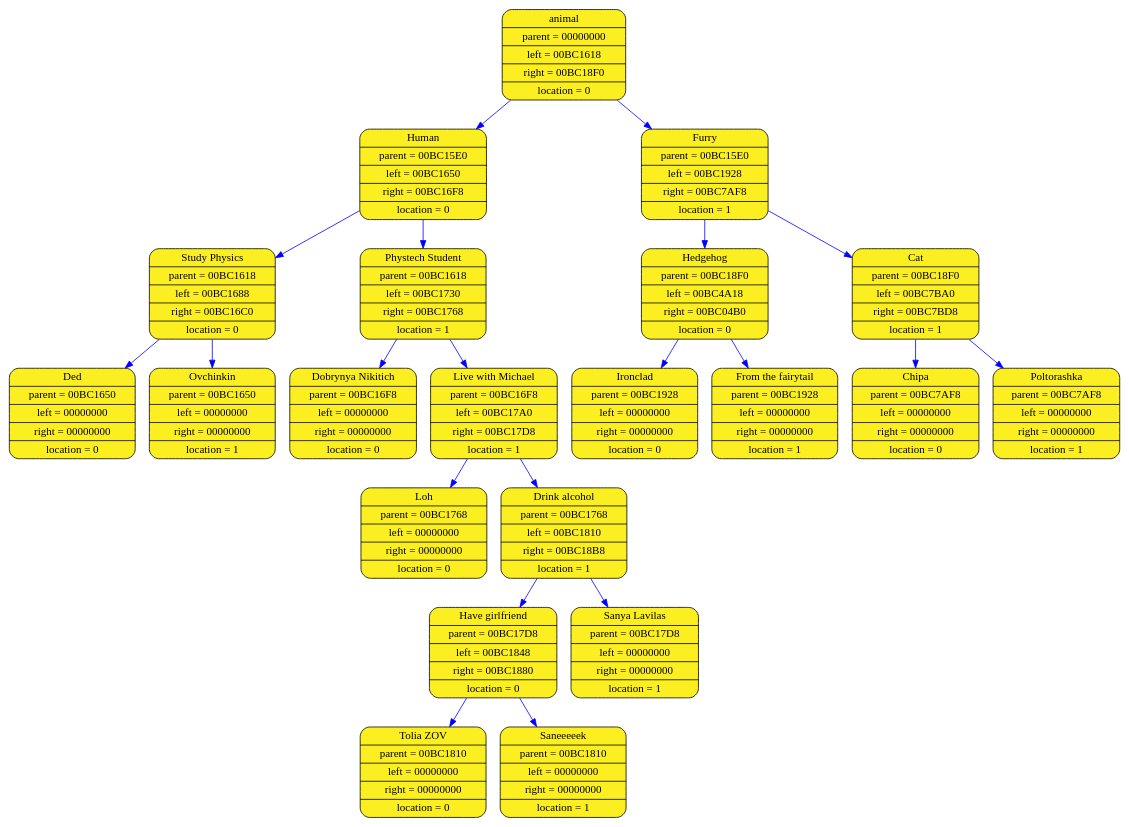
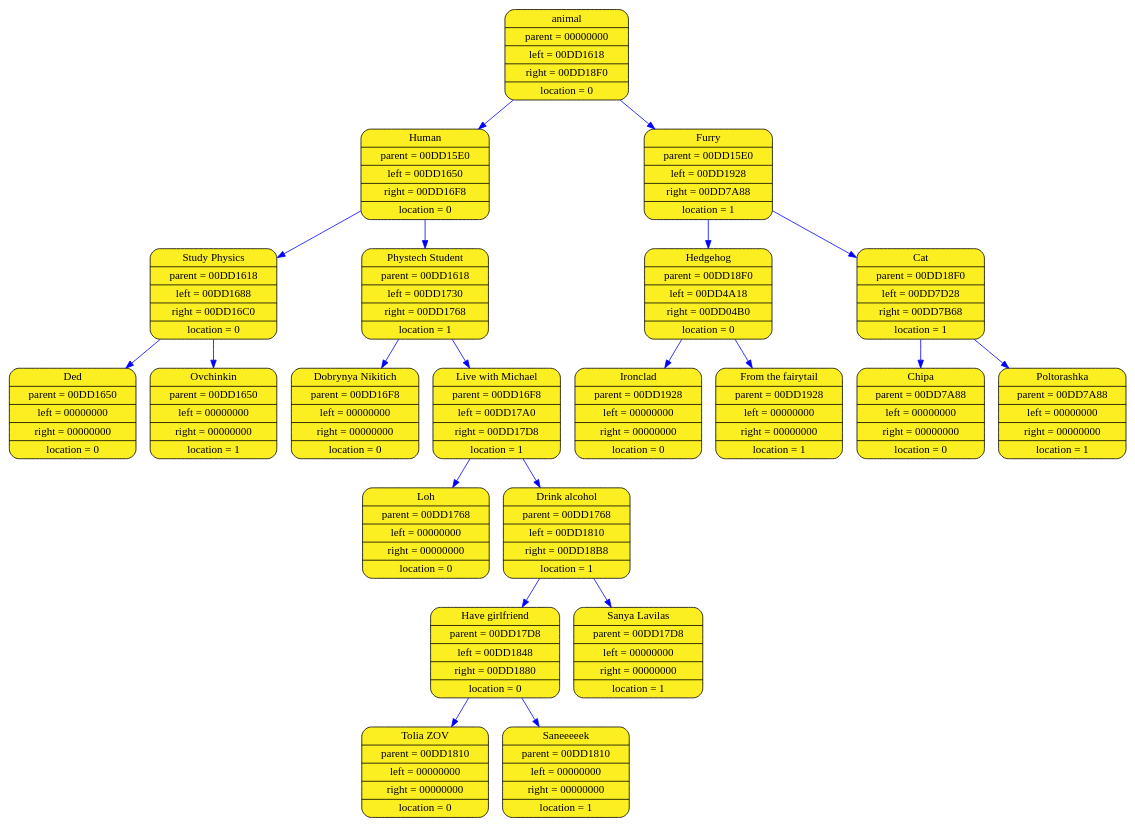
The diagram in log_folder_acinator/acinator_graph.dot (aywert/ACINATOR), drawn with Graphviz before and after one commit. The commit also changed 6 other files, not shown here.

```diff
--- a/log_folder_acinator/acinator_graph.dot
+++ b/log_folder_acinator/acinator_graph.dot
@@ -1,45 +1,45 @@
 digraph list
 {
 rankdir=HR;
-	12326372 [shape = Mrecord; style = filled; fillcolor="#FBEE21"; color = "#000000"; fontcolor = "#000000"; label = "{ animal| parent = 00000000| left = 00BC1618| right = 00BC18F0| location = 0}"];
-	12326428 [shape = Mrecord; style = filled; fillcolor="#FBEE21"; color = "#000000"; fontcolor = "#000000"; label = "{ Human| parent = 00BC15E0| left = 00BC1650| right = 00BC16F8| location = 0}"];
-	12326372 -> 12326428 [color="blue"]
-	12326484 [shape = Mrecord; style = filled; fillcolor="#FBEE21"; color = "#000000"; fontcolor = "#000000"; label = "{ Study Physics| parent = 00BC1618| left = 00BC1688| right = 00BC16C0| location = 0}"];
-	12326428 -> 12326484 [color="blue"]
-	12326540 [shape = Mrecord; style = filled; fillcolor="#FBEE21"; color = "#000000"; fontcolor = "#000000"; label = "{ Ded| parent = 00BC1650| left = 00000000| right = 00000000| location = 0}"];
-	12326484 -> 12326540 [color="blue"]
-	12326596 [shape = Mrecord; style = filled; fillcolor="#FBEE21"; color = "#000000"; fontcolor = "#000000"; label = "{ Ovchinkin| parent = 00BC1650| left = 00000000| right = 00000000| location = 1}"];
-	12326484 -> 12326596 [color="blue"]
-	12326652 [shape = Mrecord; style = filled; fillcolor="#FBEE21"; color = "#000000"; fontcolor = "#000000"; label = "{ Phystech Student| parent = 00BC1618| left = 00BC1730| right = 00BC1768| location = 1}"];
-	12326428 -> 12326652 [color="blue"]
-	12326708 [shape = Mrecord; style = filled; fillcolor="#FBEE21"; color = "#000000"; fontcolor = "#000000"; label = "{ Dobrynya Nikitich| parent = 00BC16F8| left = 00000000| right = 00000000| location = 0}"];
-	12326652 -> 12326708 [color="blue"]
-	12326764 [shape = Mrecord; style = filled; fillcolor="#FBEE21"; color = "#000000"; fontcolor = "#000000"; label = "{ Live with Michael| parent = 00BC16F8| left = 00BC17A0| right = 00BC17D8| location = 1}"];
-	12326652 -> 12326764 [color="blue"]
-	12326820 [shape = Mrecord; style = filled; fillcolor="#FBEE21"; color = "#000000"; fontcolor = "#000000"; label = "{ Loh| parent = 00BC1768| left = 00000000| right = 00000000| location = 0}"];
-	12326764 -> 12326820 [color="blue"]
-	12326876 [shape = Mrecord; style = filled; fillcolor="#FBEE21"; color = "#000000"; fontcolor = "#000000"; label = "{ Drink alcohol| parent = 00BC1768| left = 00BC1810| right = 00BC18B8| location = 1}"];
-	12326764 -> 12326876 [color="blue"]
-	12326932 [shape = Mrecord; style = filled; fillcolor="#FBEE21"; color = "#000000"; fontcolor = "#000000"; label = "{ Have girlfriend| parent = 00BC17D8| left = 00BC1848| right = 00BC1880| location = 0}"];
-	12326876 -> 12326932 [color="blue"]
-	12326988 [shape = Mrecord; style = filled; fillcolor="#FBEE21"; color = "#000000"; fontcolor = "#000000"; label = "{ Tolia ZOV| parent = 00BC1810| left = 00000000| right = 00000000| location = 0}"];
-	12326932 -> 12326988 [color="blue"]
-	12327044 [shape = Mrecord; style = filled; fillcolor="#FBEE21"; color = "#000000"; fontcolor = "#000000"; label = "{ Saneeeeek| parent = 00BC1810| left = 00000000| right = 00000000| location = 1}"];
-	12326932 -> 12327044 [color="blue"]
-	12327100 [shape = Mrecord; style = filled; fillcolor="#FBEE21"; color = "#000000"; fontcolor = "#000000"; label = "{ Sanya Lavilas| parent = 00BC17D8| left = 00000000| right = 00000000| location = 1}"];
-	12326876 -> 12327100 [color="blue"]
-	12327156 [shape = Mrecord; style = filled; fillcolor="#FBEE21"; color = "#000000"; fontcolor = "#000000"; label = "{ Furry| parent = 00BC15E0| left = 00BC1928| right = 00BC7AF8| location = 1}"];
-	12326372 -> 12327156 [color="blue"]
-	12327212 [shape = Mrecord; style = filled; fillcolor="#FBEE21"; color = "#000000"; fontcolor = "#000000"; label = "{ Hedgehog| parent = 00BC18F0| left = 00BC4A18| right = 00BC04B0| location = 0}"];
-	12327156 -> 12327212 [color="blue"]
-	12339740 [shape = Mrecord; style = filled; fillcolor="#FBEE21"; color = "#000000"; fontcolor = "#000000"; label = "{ Ironclad| parent = 00BC1928| left = 00000000| right = 00000000| location = 0}"];
-	12327212 -> 12339740 [color="blue"]
-	12321972 [shape = Mrecord; style = filled; fillcolor="#FBEE21"; color = "#000000"; fontcolor = "#000000"; label = "{ From the fairytail| parent = 00BC1928| left = 00000000| right = 00000000| location = 1}"];
-	12327212 -> 12321972 [color="blue"]
-	12352252 [shape = Mrecord; style = filled; fillcolor="#FBEE21"; color = "#000000"; fontcolor = "#000000"; label = "{ Cat| parent = 00BC18F0| left = 00BC7BA0| right = 00BC7BD8| location = 1}"];
-	12327156 -> 12352252 [color="blue"]
-	12352420 [shape = Mrecord; style = filled; fillcolor="#FBEE21"; color = "#000000"; fontcolor = "#000000"; label = "{ Chipa| parent = 00BC7AF8| left = 00000000| right = 00000000| location = 0}"];
-	12352252 -> 12352420 [color="blue"]
-	12352476 [shape = Mrecord; style = filled; fillcolor="#FBEE21"; color = "#000000"; fontcolor = "#000000"; label = "{ Poltorashka| parent = 00BC7AF8| left = 00000000| right = 00000000| location = 1}"];
-	12352252 -> 12352476 [color="blue"]
+	14489060 [shape = Mrecord; style = filled; fillcolor="#FBEE21"; color = "#000000"; fontcolor = "#000000"; label = "{ animal| parent = 00000000| left = 00DD1618| right = 00DD18F0| location = 0}"];
+	14489116 [shape = Mrecord; style = filled; fillcolor="#FBEE21"; color = "#000000"; fontcolor = "#000000"; label = "{ Human| parent = 00DD15E0| left = 00DD1650| right = 00DD16F8| location = 0}"];
+	14489060 -> 14489116 [color="blue"]
+	14489172 [shape = Mrecord; style = filled; fillcolor="#FBEE21"; color = "#000000"; fontcolor = "#000000"; label = "{ Study Physics| parent = 00DD1618| left = 00DD1688| right = 00DD16C0| location = 0}"];
+	14489116 -> 14489172 [color="blue"]
+	14489228 [shape = Mrecord; style = filled; fillcolor="#FBEE21"; color = "#000000"; fontcolor = "#000000"; label = "{ Ded| parent = 00DD1650| left = 00000000| right = 00000000| location = 0}"];
+	14489172 -> 14489228 [color="blue"]
+	14489284 [shape = Mrecord; style = filled; fillcolor="#FBEE21"; color = "#000000"; fontcolor = "#000000"; label = "{ Ovchinkin| parent = 00DD1650| left = 00000000| right = 00000000| location = 1}"];
+	14489172 -> 14489284 [color="blue"]
+	14489340 [shape = Mrecord; style = filled; fillcolor="#FBEE21"; color = "#000000"; fontcolor = "#000000"; label = "{ Phystech Student| parent = 00DD1618| left = 00DD1730| right = 00DD1768| location = 1}"];
+	14489116 -> 14489340 [color="blue"]
+	14489396 [shape = Mrecord; style = filled; fillcolor="#FBEE21"; color = "#000000"; fontcolor = "#000000"; label = "{ Dobrynya Nikitich| parent = 00DD16F8| left = 00000000| right = 00000000| location = 0}"];
+	14489340 -> 14489396 [color="blue"]
+	14489452 [shape = Mrecord; style = filled; fillcolor="#FBEE21"; color = "#000000"; fontcolor = "#000000"; label = "{ Live with Michael| parent = 00DD16F8| left = 00DD17A0| right = 00DD17D8| location = 1}"];
+	14489340 -> 14489452 [color="blue"]
+	14489508 [shape = Mrecord; style = filled; fillcolor="#FBEE21"; color = "#000000"; fontcolor = "#000000"; label = "{ Loh| parent = 00DD1768| left = 00000000| right = 00000000| location = 0}"];
+	14489452 -> 14489508 [color="blue"]
+	14489564 [shape = Mrecord; style = filled; fillcolor="#FBEE21"; color = "#000000"; fontcolor = "#000000"; label = "{ Drink alcohol| parent = 00DD1768| left = 00DD1810| right = 00DD18B8| location = 1}"];
+	14489452 -> 14489564 [color="blue"]
+	14489620 [shape = Mrecord; style = filled; fillcolor="#FBEE21"; color = "#000000"; fontcolor = "#000000"; label = "{ Have girlfriend| parent = 00DD17D8| left = 00DD1848| right = 00DD1880| location = 0}"];
+	14489564 -> 14489620 [color="blue"]
+	14489676 [shape = Mrecord; style = filled; fillcolor="#FBEE21"; color = "#000000"; fontcolor = "#000000"; label = "{ Tolia ZOV| parent = 00DD1810| left = 00000000| right = 00000000| location = 0}"];
+	14489620 -> 14489676 [color="blue"]
+	14489732 [shape = Mrecord; style = filled; fillcolor="#FBEE21"; color = "#000000"; fontcolor = "#000000"; label = "{ Saneeeeek| parent = 00DD1810| left = 00000000| right = 00000000| location = 1}"];
+	14489620 -> 14489732 [color="blue"]
+	14489788 [shape = Mrecord; style = filled; fillcolor="#FBEE21"; color = "#000000"; fontcolor = "#000000"; label = "{ Sanya Lavilas| parent = 00DD17D8| left = 00000000| right = 00000000| location = 1}"];
+	14489564 -> 14489788 [color="blue"]
+	14489844 [shape = Mrecord; style = filled; fillcolor="#FBEE21"; color = "#000000"; fontcolor = "#000000"; label = "{ Furry| parent = 00DD15E0| left = 00DD1928| right = 00DD7A88| location = 1}"];
+	14489060 -> 14489844 [color="blue"]
+	14489900 [shape = Mrecord; style = filled; fillcolor="#FBEE21"; color = "#000000"; fontcolor = "#000000"; label = "{ Hedgehog| parent = 00DD18F0| left = 00DD4A18| right = 00DD04B0| location = 0}"];
+	14489844 -> 14489900 [color="blue"]
+	14502428 [shape = Mrecord; style = filled; fillcolor="#FBEE21"; color = "#000000"; fontcolor = "#000000"; label = "{ Ironclad| parent = 00DD1928| left = 00000000| right = 00000000| location = 0}"];
+	14489900 -> 14502428 [color="blue"]
+	14484660 [shape = Mrecord; style = filled; fillcolor="#FBEE21"; color = "#000000"; fontcolor = "#000000"; label = "{ From the fairytail| parent = 00DD1928| left = 00000000| right = 00000000| location = 1}"];
+	14489900 -> 14484660 [color="blue"]
+	14514828 [shape = Mrecord; style = filled; fillcolor="#FBEE21"; color = "#000000"; fontcolor = "#000000"; label = "{ Cat| parent = 00DD18F0| left = 00DD7D28| right = 00DD7B68| location = 1}"];
+	14489844 -> 14514828 [color="blue"]
+	14515500 [shape = Mrecord; style = filled; fillcolor="#FBEE21"; color = "#000000"; fontcolor = "#000000"; label = "{ Chipa| parent = 00DD7A88| left = 00000000| right = 00000000| location = 0}"];
+	14514828 -> 14515500 [color="blue"]
+	14515052 [shape = Mrecord; style = filled; fillcolor="#FBEE21"; color = "#000000"; fontcolor = "#000000"; label = "{ Poltorashka| parent = 00DD7A88| left = 00000000| right = 00000000| location = 1}"];
+	14514828 -> 14515052 [color="blue"]
 	}
```
